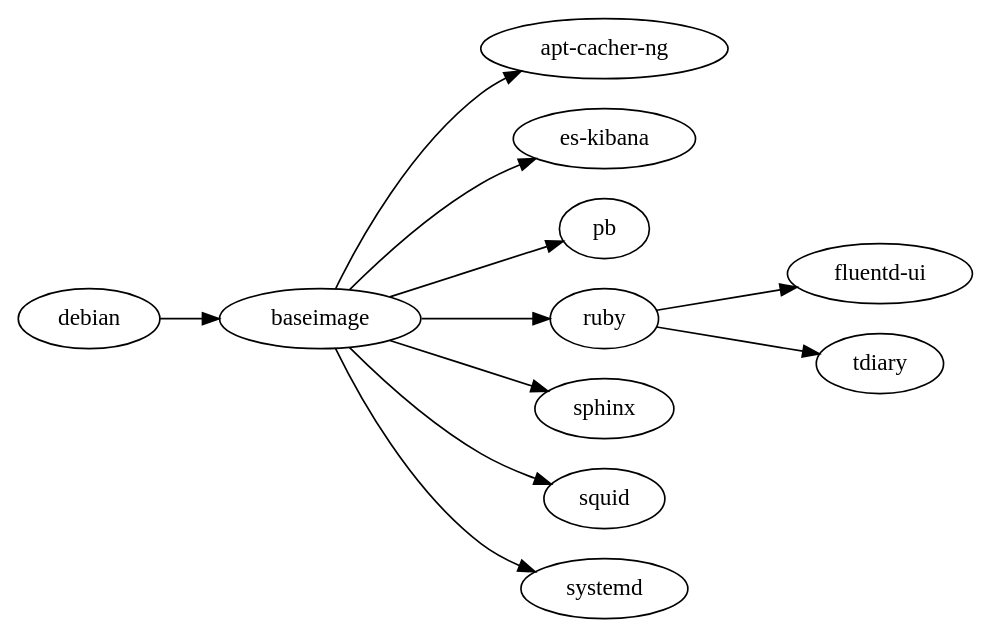
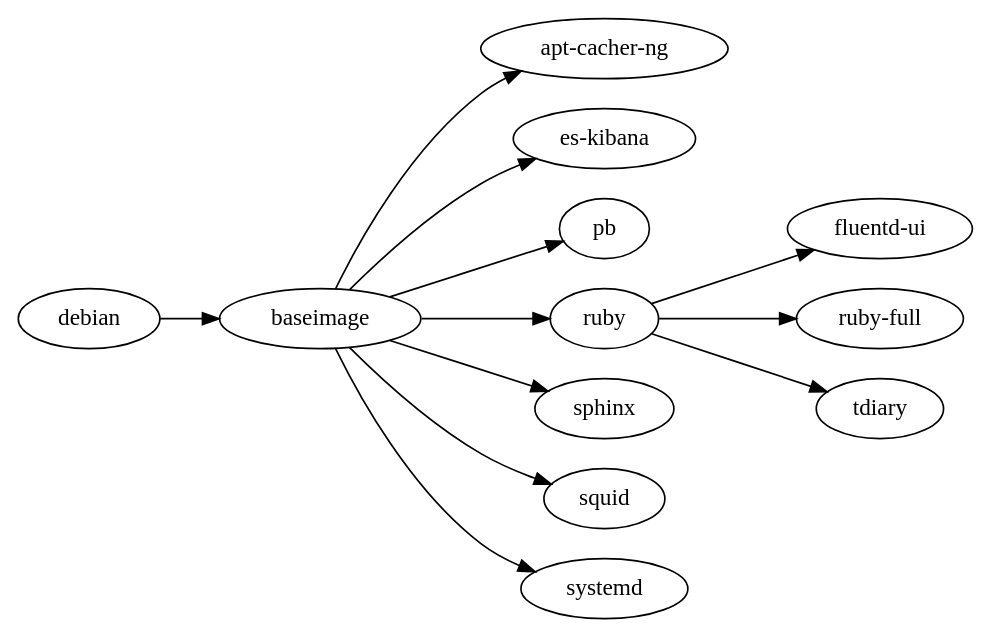
The diagram in deps.dot (minimum2scp/dockerfiles), drawn with Graphviz before and after one commit.

```diff
--- a/deps.dot
+++ b/deps.dot
@@ -1,20 +1,21 @@
 digraph deps {
   graph        [rankdir = "LR"];
   ratio = auto;
 
   acng         [label = "apt-cacher-ng"];
   baseimage    [label = "baseimage"];
   debian       [label = "debian"];
   es_kibana    [label = "es-kibana"];
   fluentd_ui   [label = "fluentd-ui"];
   pb           [label = "pb"];
   ruby         [label = "ruby"];
+  ruby_full    [label = "ruby-full"];
   sphinx       [label = "sphinx"];
   squid        [label = "squid"];
   systemd      [label = "systemd"];
   tdiary       [label = "tdiary"];
 
   debian    -> baseimage;
   baseimage -> {acng, es_kibana, pb, ruby, sphinx, squid, systemd};
-  ruby      -> {fluentd_ui, tdiary};
+  ruby      -> {fluentd_ui, ruby_full, tdiary};
 }
```
